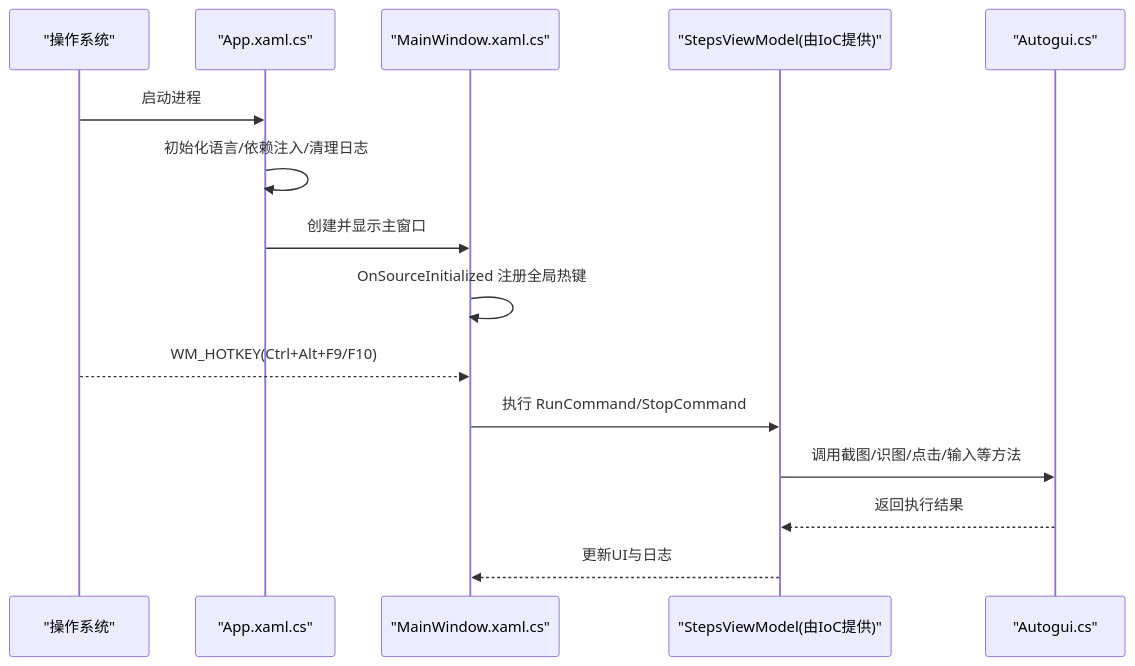
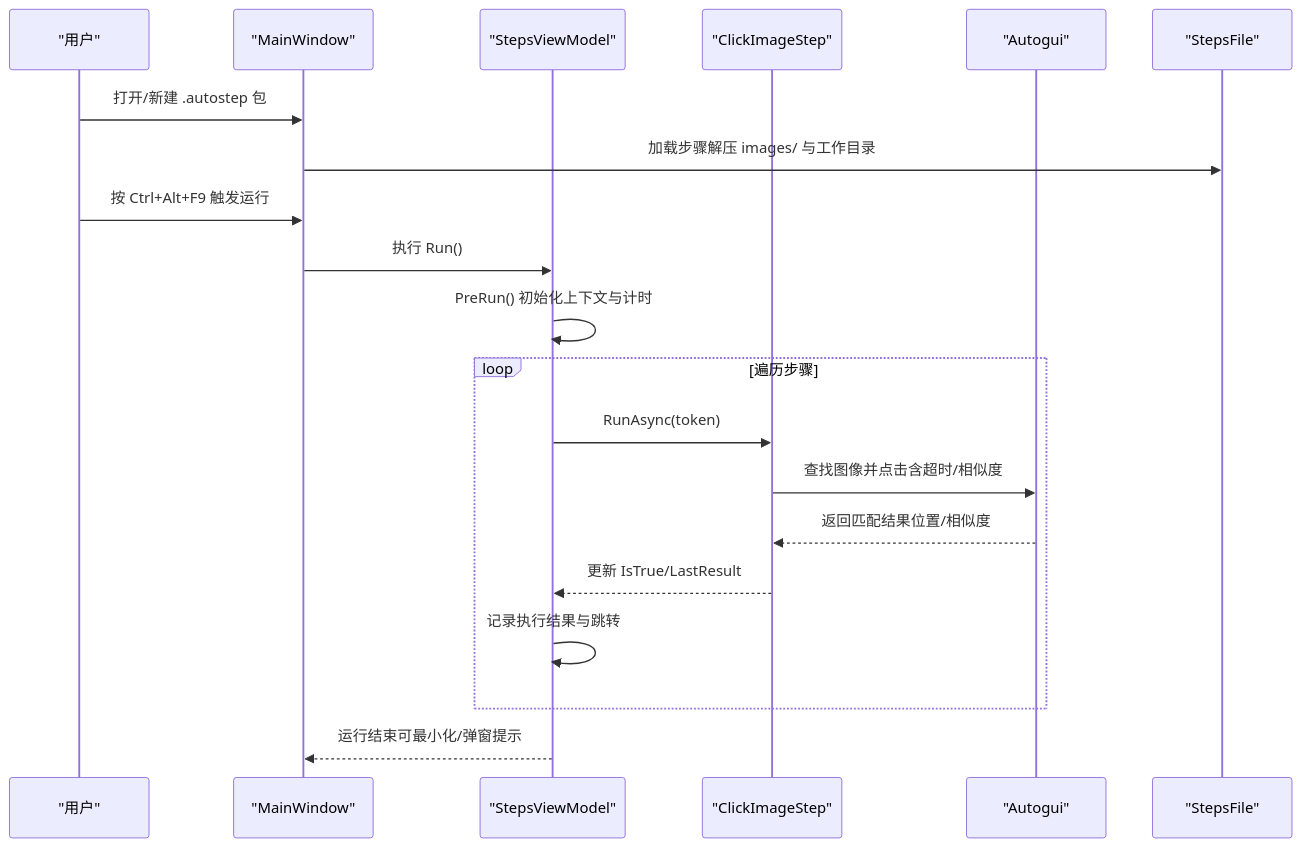
The second of 7 diagrams in .qoder/repowiki/zh/content/快速开始.md (yooxii/ShaoLuAuto), drawn with Mermaid before and after one commit. The commit also changed other lines of this file and 213 other files, not shown here.

````diff
--- a/.qoder/repowiki/zh/content/快速开始.md
+++ b/.qoder/repowiki/zh/content/快速开始.md
@@ -90,17 +89,22 @@
 ```mermaid
 sequenceDiagram
-participant OS as "操作系统"
-participant App as "App.xaml.cs"
-participant Win as "MainWindow.xaml.cs"
-participant VM as "StepsViewModel(由IoC提供)"
-participant Auto as "Autogui.cs"
-OS->>App : 启动进程
-App->>App : 初始化语言/依赖注入/清理日志
-App->>Win : 创建并显示主窗口
-Win->>Win : OnSourceInitialized 注册全局热键
-OS-->>Win : WM_HOTKEY(Ctrl+Alt+F9/F10)
-Win->>VM : 执行 RunCommand/StopCommand
-VM->>Auto : 调用截图/识图/点击/输入等方法
-Auto-->>VM : 返回执行结果
-VM-->>Win : 更新UI与日志
+participant U as "用户"
+participant M as "MainWindow"
+participant S as "StepsViewModel"
+participant ST as "ClickImageStep"
+participant AG as "Autogui"
+participant SF as "StepsFile"
+U->>M : 打开/新建 .autostep 包
+M->>SF : 加载步骤解压 images/ 与工作目录
+U->>M : 按 Ctrl+Alt+F9 触发运行
+M->>S : 执行 Run()
+S->>S : PreRun() 初始化上下文与计时
+loop 遍历步骤
+S->>ST : RunAsync(token)
+ST->>AG : 查找图像并点击含超时/相似度
+AG-->>ST : 返回匹配结果位置/相似度
+ST-->>S : 更新 IsTrue/LastResult
+S->>S : 记录执行结果与跳转
+end
+S-->>M : 运行结束可最小化/弹窗提示
 ```
````
